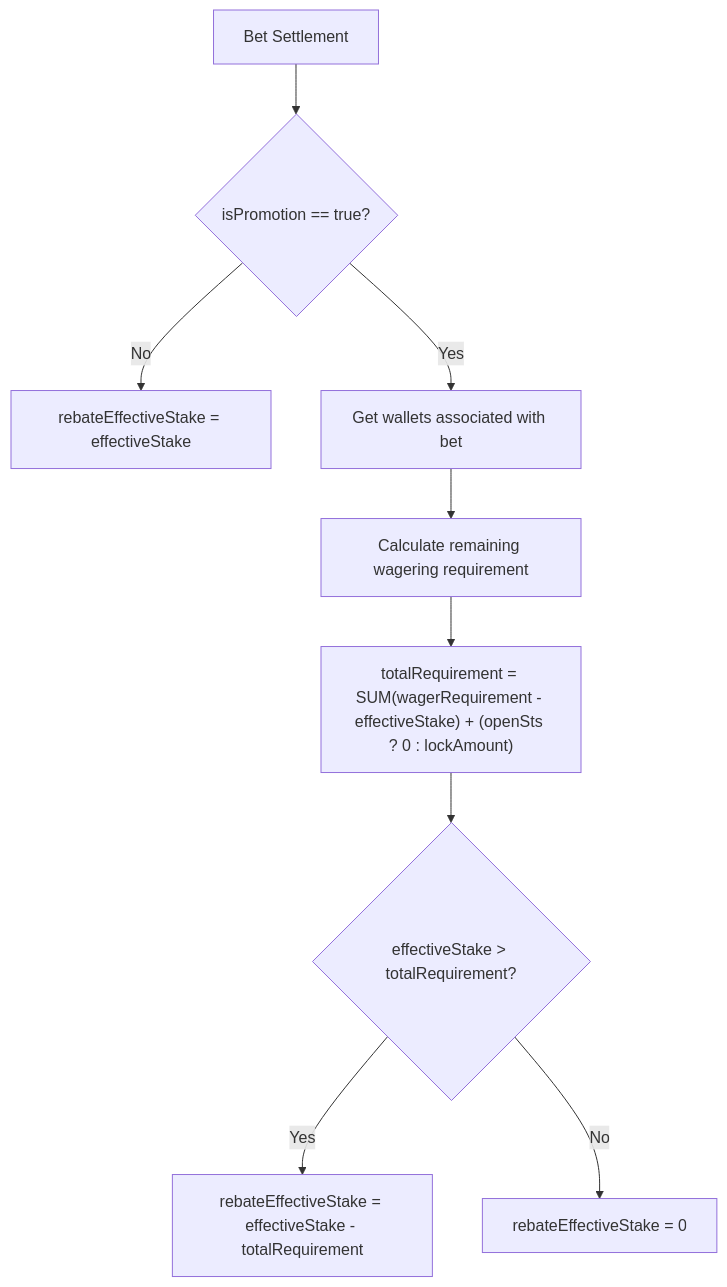
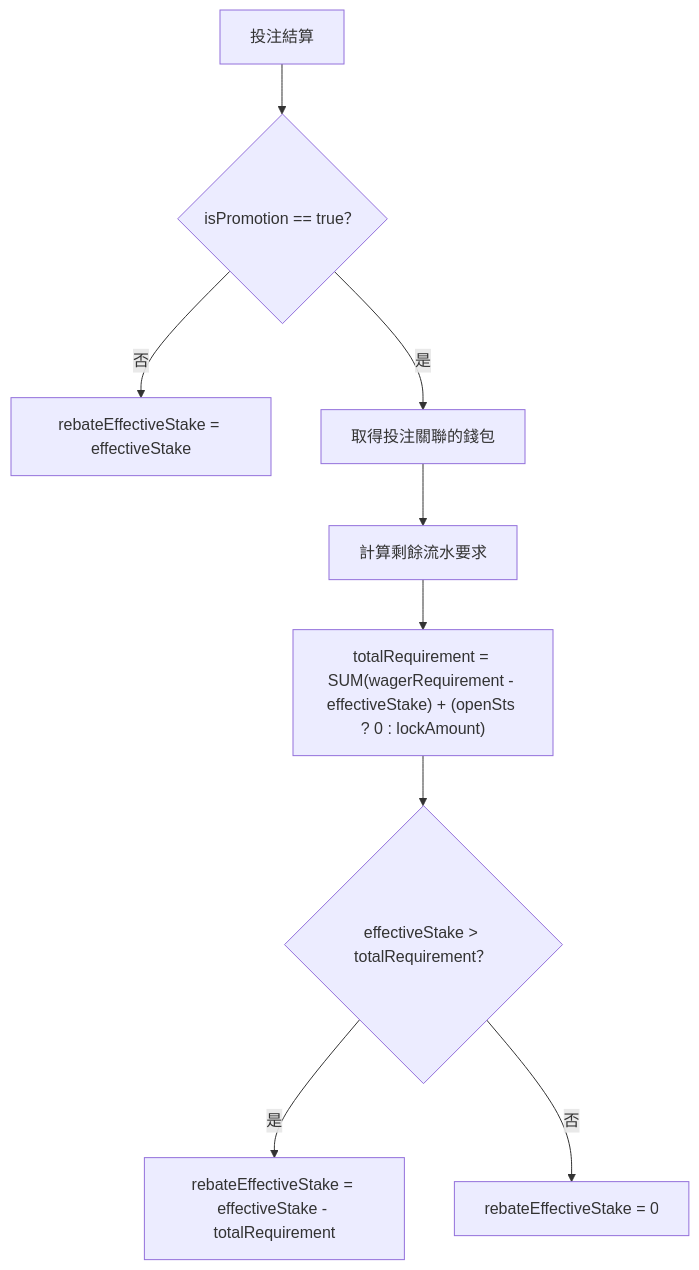
The fifth of 6 diagrams in docs/iGaming/architecture/02_Finance_Service/Turnover_Calculation_Logic_Detail.md (ron03wlb/smart-admin), drawn with Mermaid before and after one commit. The commit also changed other lines of this file and 4 other files, not shown here.

````diff
--- a/docs/iGaming/architecture/02_Finance_Service/Turnover_Calculation_Logic_Detail.md
+++ b/docs/iGaming/architecture/02_Finance_Service/Turnover_Calculation_Logic_Detail.md
@@ -232,11 +232,11 @@
 ```mermaid
 flowchart TD
-    A[Bet Settlement] --> B{isPromotion == true?}
-    B -->|No| C["rebateEffectiveStake = effectiveStake"]
-    B -->|Yes| D[Get wallets associated with bet]
-    D --> E[Calculate remaining wagering requirement]
+    A[投注結算] --> B{isPromotion == true？}
+    B -->|否| C["rebateEffectiveStake = effectiveStake"]
+    B -->|是| D[取得投注關聯的錢包]
+    D --> E[計算剩餘流水要求]
     E --> F["totalRequirement = SUM(wagerRequirement - effectiveStake) + (openSts ? 0 : lockAmount)"]
-    F --> G{effectiveStake > totalRequirement?}
-    G -->|Yes| H["rebateEffectiveStake = effectiveStake - totalRequirement"]
-    G -->|No| I["rebateEffectiveStake = 0"]
+    F --> G{effectiveStake > totalRequirement？}
+    G -->|是| H["rebateEffectiveStake = effectiveStake - totalRequirement"]
+    G -->|否| I["rebateEffectiveStake = 0"]
 ```
````
